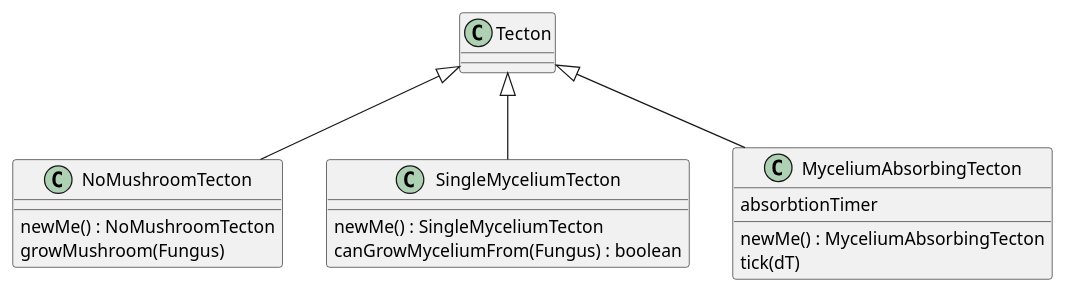
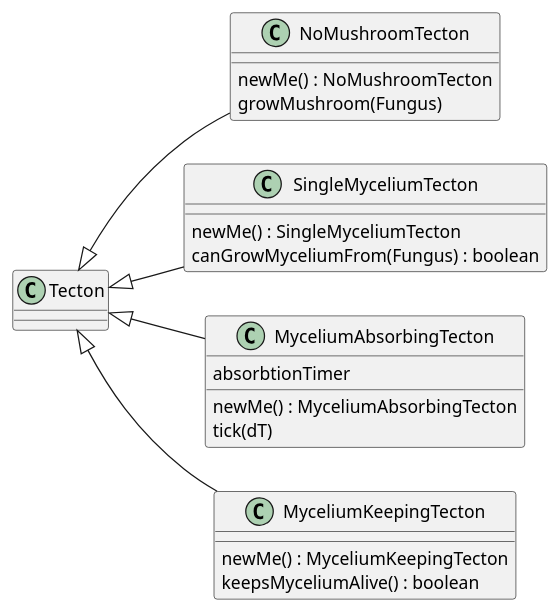
One commit to ZD4ve/projlab-error521 changed the diagram in SeqAndClassDiagrams/Tecton/special-tecton-classes.puml. Above: the diagram before and after it, drawn with PlantUML. The commit also changed 18 other files, not shown here.

Commit message:
Fentről érkező áldás diagramba foglalása (emellett: konstruktorok konzisztenciájának növelése. felhasználó által hívott fügvények visszatérnek a sikerességükről)

```diff
--- a/SeqAndClassDiagrams/Tecton/special-tecton-classes.puml
+++ b/SeqAndClassDiagrams/Tecton/special-tecton-classes.puml
@@ -1,22 +1,28 @@
 @startuml Tecton/special-tecton-classes
+left to right direction
 
 class Tecton
 class NoMushroomTecton {
     newMe() : NoMushroomTecton
     growMushroom(Fungus)
 }
 class SingleMyceliumTecton {
     newMe() : SingleMyceliumTecton
     canGrowMyceliumFrom(Fungus) : boolean
 }
 class MyceliumAbsorbingTecton {
     absorbtionTimer
     newMe() : MyceliumAbsorbingTecton
     tick(dT)
 }
+class MyceliumKeepingTecton {
+    newMe() : MyceliumKeepingTecton
+    keepsMyceliumAlive() : boolean
+}
 
 Tecton <|-- NoMushroomTecton
 Tecton <|-- SingleMyceliumTecton
 Tecton <|-- MyceliumAbsorbingTecton
+Tecton <|-- MyceliumKeepingTecton
 
 @enduml
```
